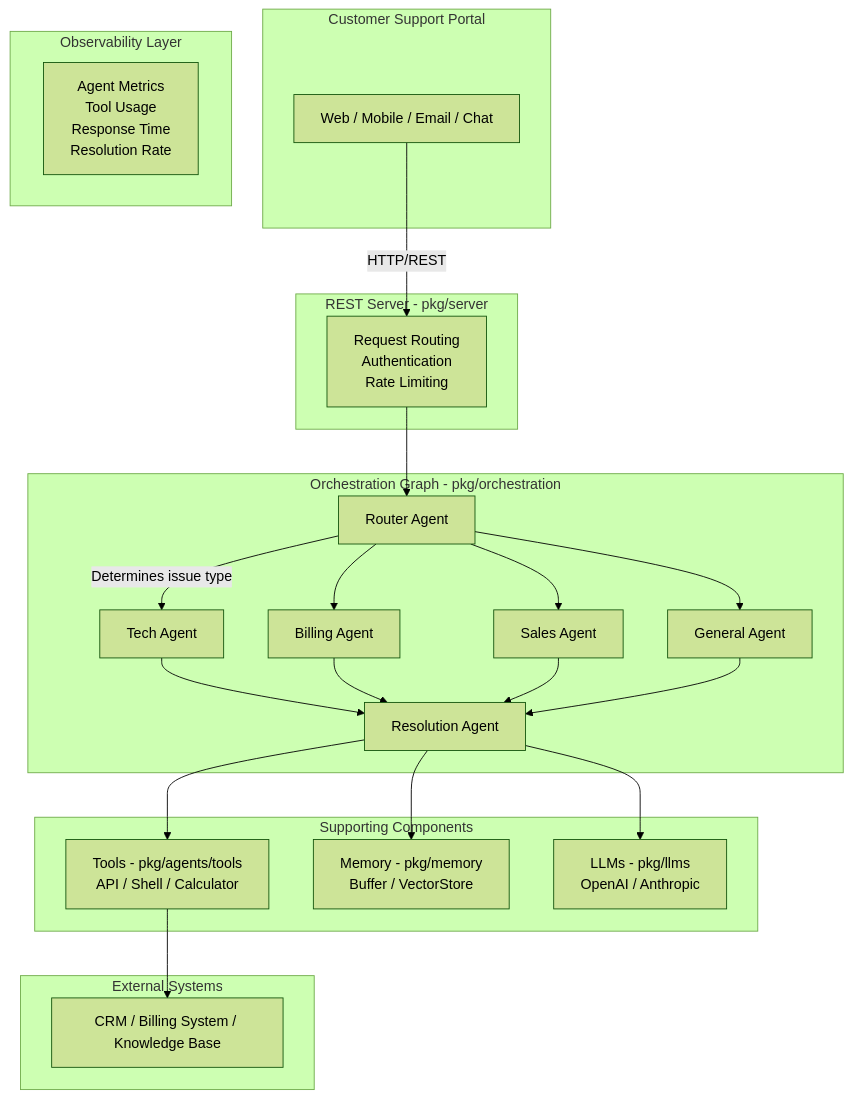
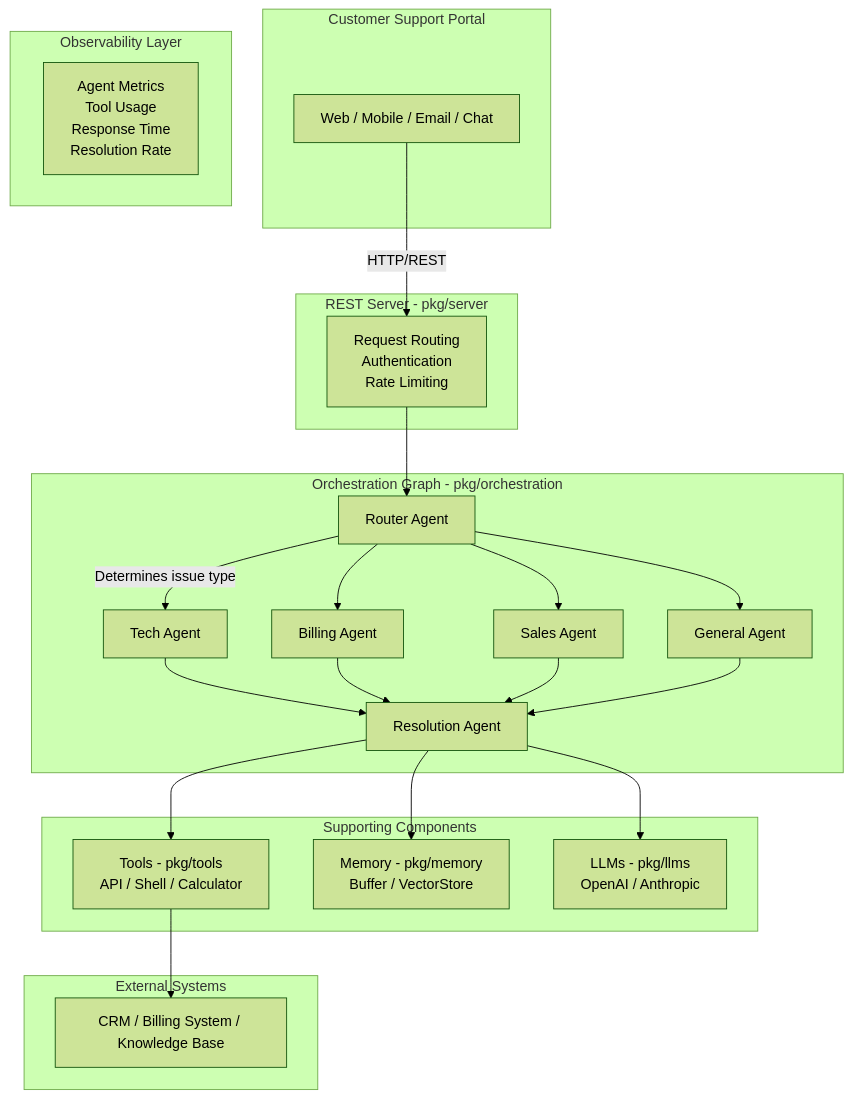
The diagram in docs/use-cases/02-multi-agent-customer-support.md (lookatitude/beluga-ai), drawn with Mermaid (forest theme) before and after one commit. The commit also changed other lines of this file and 53 other files, not shown here.

First line of the commit message:
refactor: flatten agents/tools to top-level pkg/tools package

````diff
--- a/docs/use-cases/02-multi-agent-customer-support.md
+++ b/docs/use-cases/02-multi-agent-customer-support.md
@@ -28,42 +28,42 @@
 ```mermaid
 graph TB
     subgraph Portal["Customer Support Portal"]
         A[Web / Mobile / Email / Chat]
     end
 
     subgraph Server["REST Server - pkg/server"]
         B[Request Routing<br>Authentication<br>Rate Limiting]
     end
 
     subgraph Orchestration["Orchestration Graph - pkg/orchestration"]
         C[Router Agent] -->|Determines issue type| D[Tech Agent]
         C --> E[Billing Agent]
         C --> F[Sales Agent]
         C --> G[General Agent]
         D --> H[Resolution Agent]
         E --> H
         F --> H
         G --> H
     end
 
     subgraph Components["Supporting Components"]
-        I[Tools - pkg/agents/tools<br>API / Shell / Calculator]
+        I[Tools - pkg/tools<br>API / Shell / Calculator]
         J[Memory - pkg/memory<br>Buffer / VectorStore]
         K[LLMs - pkg/llms<br>OpenAI / Anthropic]
     end
 
     subgraph External["External Systems"]
         L[CRM / Billing System / Knowledge Base]
     end
 
     subgraph Observability["Observability Layer"]
         M[Agent Metrics<br>Tool Usage<br>Response Time<br>Resolution Rate]
     end
 
     A -->|HTTP/REST| B
     B --> C
     H --> I
     H --> J
     H --> K
     I --> L
 ```
````
